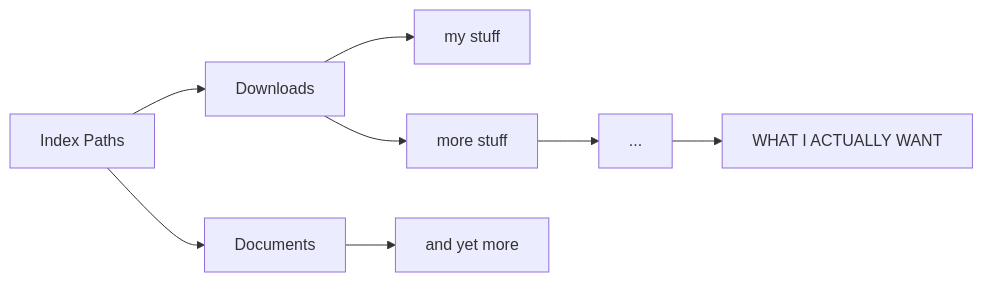
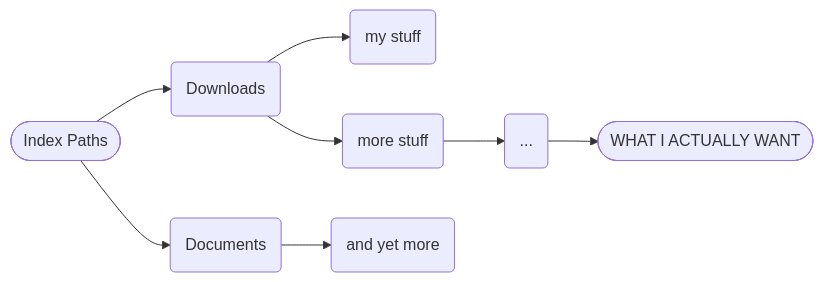
The diagram in README.md (pxp888/quickfinder), drawn with Mermaid before and after one commit. The commit also changed other lines of this file, not shown here.

````diff
--- a/README.md
+++ b/README.md
@@ -16,10 +16,10 @@
 ```mermaid
 graph LR
-Z[Index Paths]--> A[Downloads]
-A --> D[my stuff]
-C[Documents] --> E[and yet more]
-A --> B[more stuff]
-B-->F[...]
-F-->G[WHAT I ACTUALLY WANT]
+Z([Index Paths])--> A(Downloads)
+A --> D(my stuff)
+C(Documents) --> E(and yet more)
+A --> B(more stuff)
+B-->F(...)
+F-->G([WHAT I ACTUALLY WANT])
 Z --> C
 ```
````
